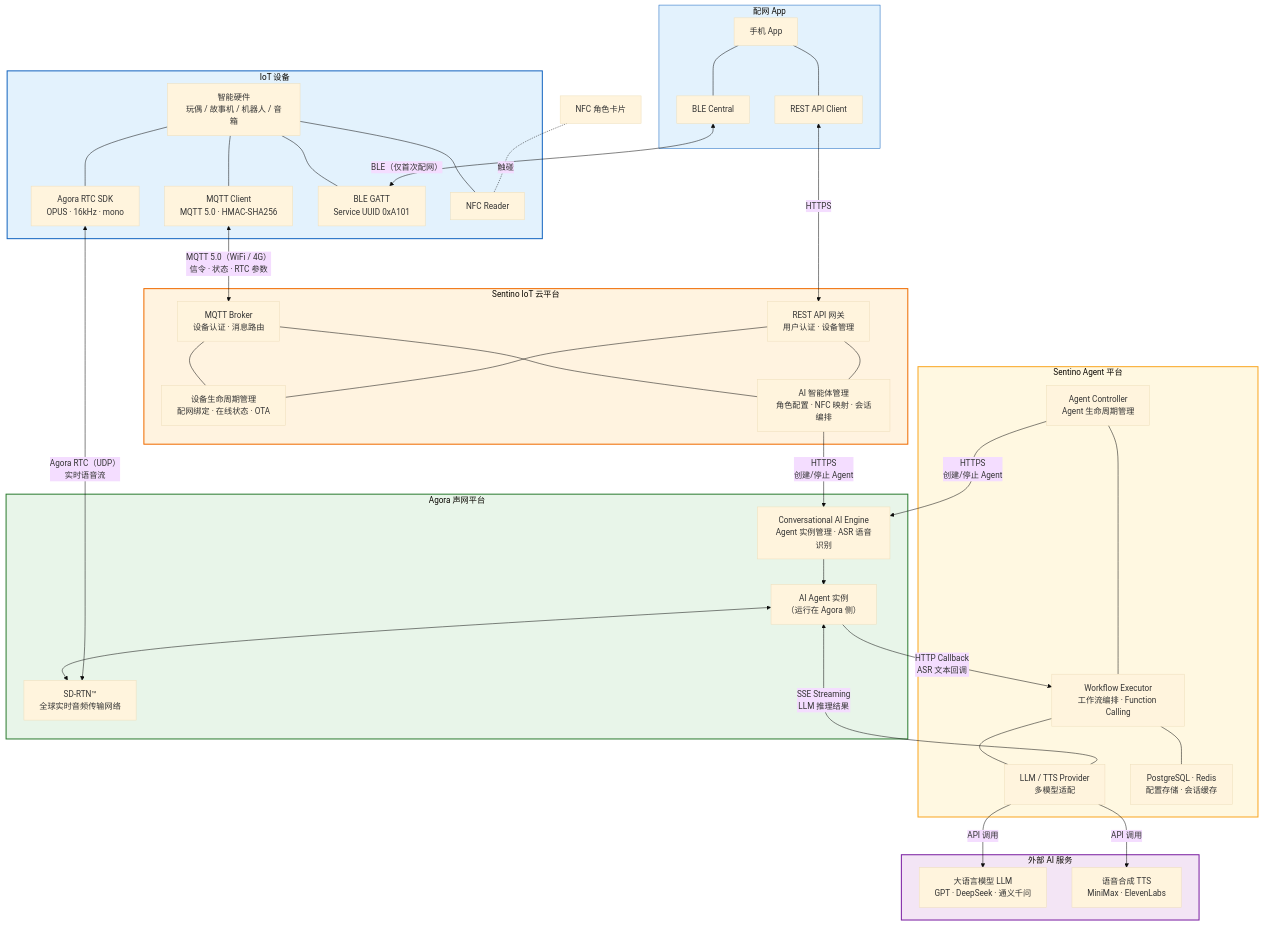
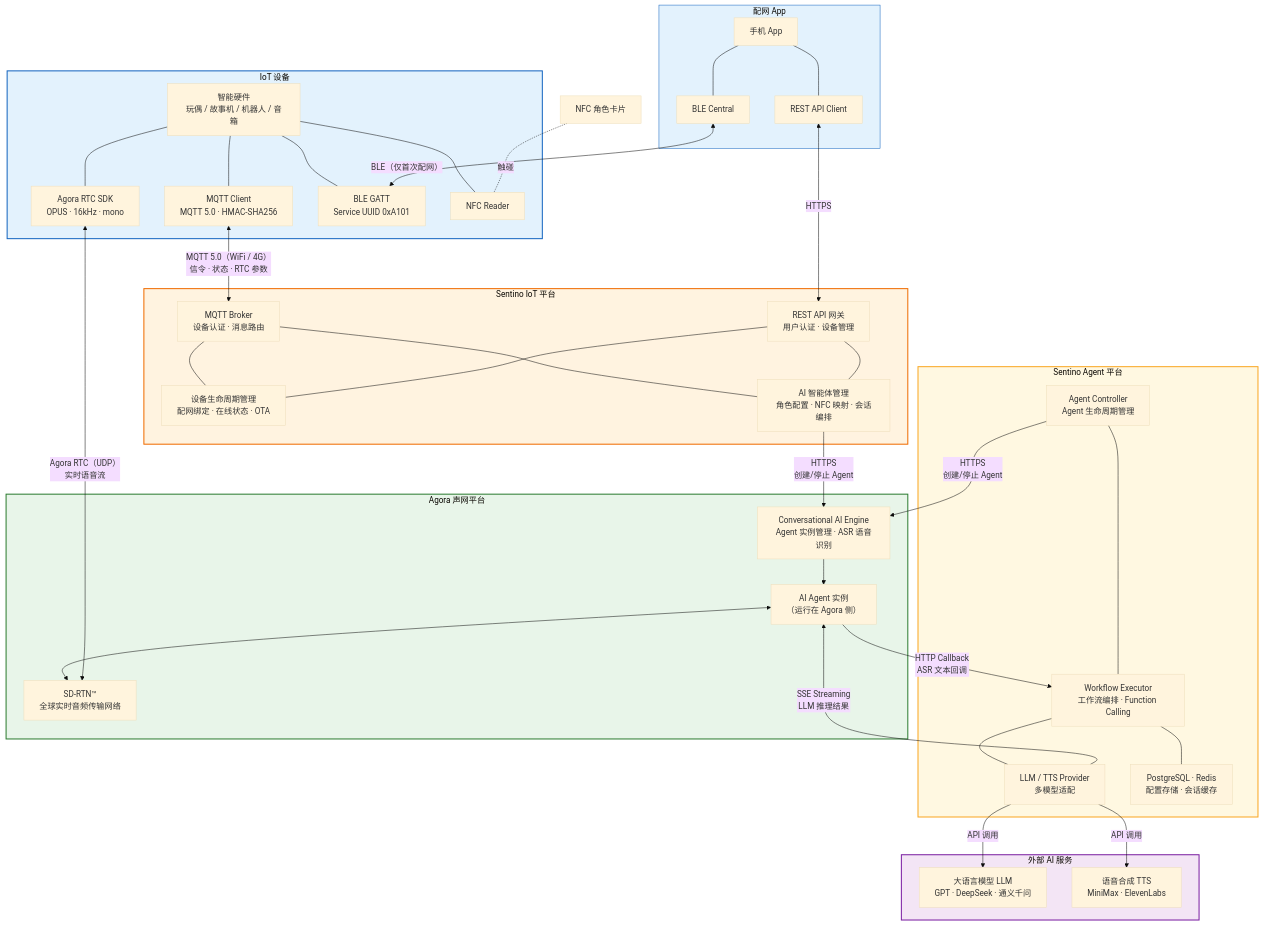
The first of 2 diagrams in architecture-technical.md (sentino-jp/iot-docs), drawn with Mermaid (base theme) before and after one commit. The commit also changed other lines of this file, not shown here.

Commit message:
docs: unify "Sentino IoT 云平台" to "Sentino IoT 平台" in technical doc

```diff
--- a/architecture-technical.md
+++ b/architecture-technical.md
@@ -30,7 +30,7 @@
 
     NFC["NFC 角色卡片"]
 
-    subgraph SentinoCloud["Sentino IoT 云平台"]
+    subgraph SentinoCloud["Sentino IoT 平台"]
         MQTTBroker["MQTT Broker<br/>设备认证 · 消息路由"]
         DevMgmt["设备生命周期管理<br/>配网绑定 · 在线状态 · OTA"]
         AgentMgmt["AI 智能体管理<br/>角色配置 · NFC 映射 · 会话编排"]
```
